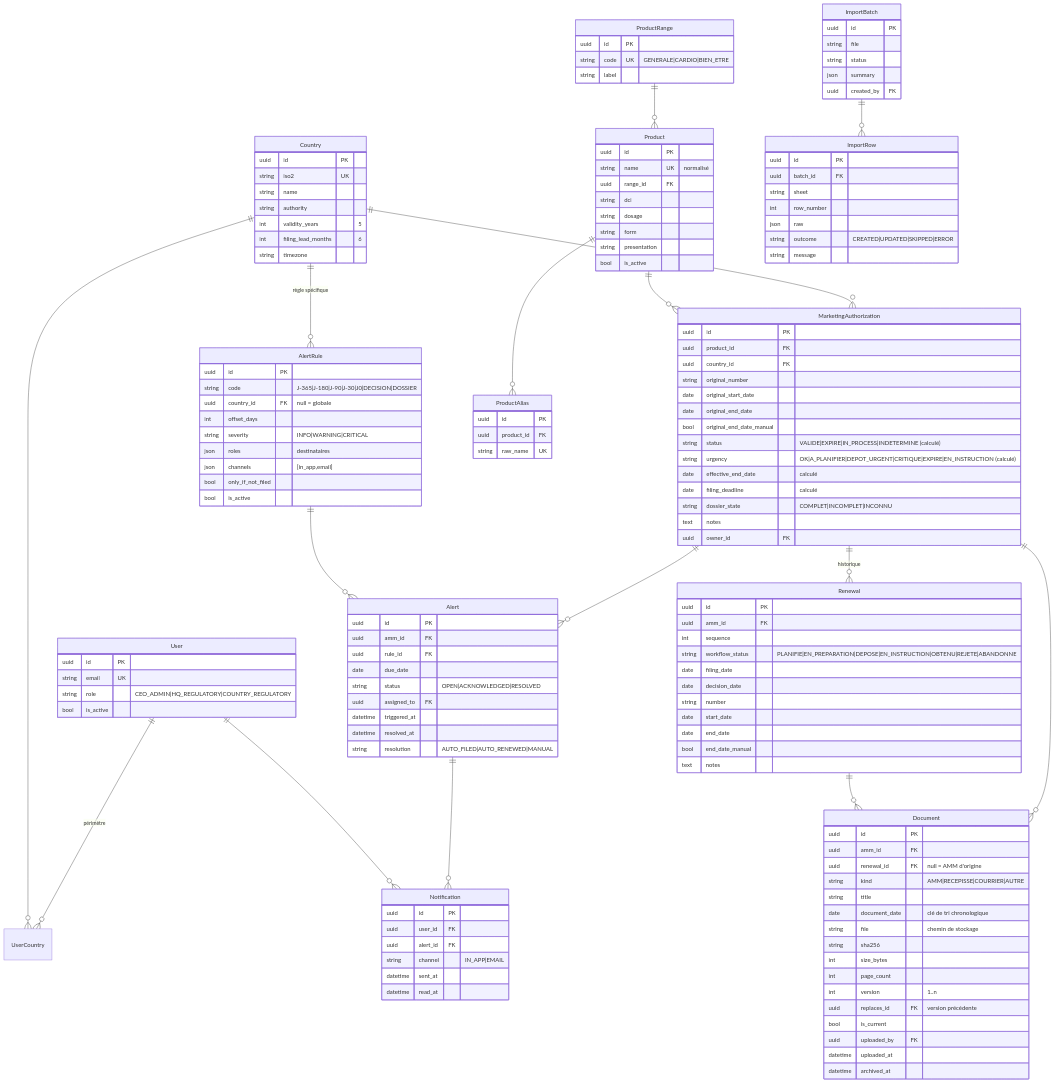
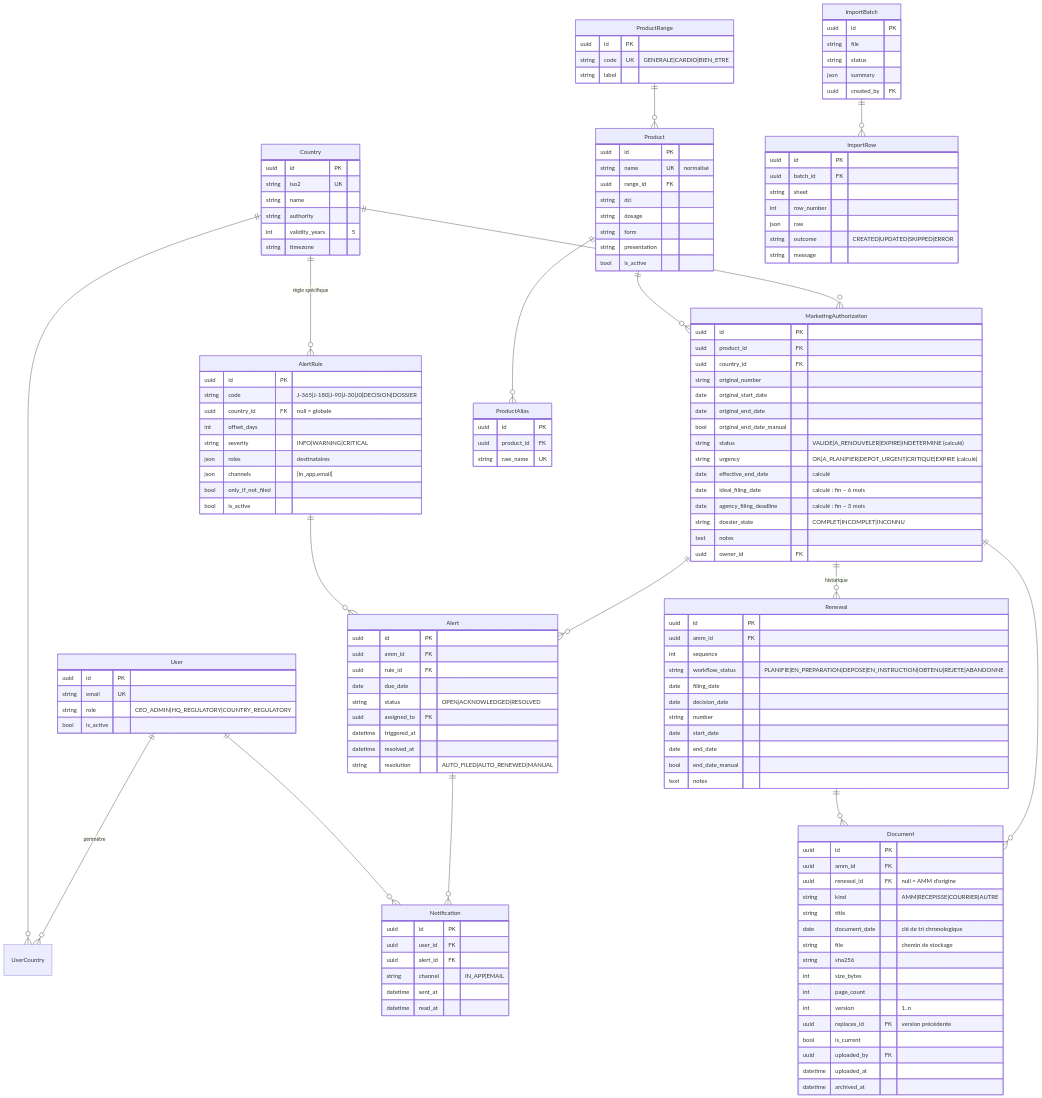
Before and after one commit to alamine2003/AMM-INNOV: the second of 3 diagrams in architecture.md, drawn with Mermaid. The commit also changed other lines of this file and 67 other files, not shown here.

First line of the commit message:
Workflow AMM : statuts Valide / À renouveler / Expirée et rappel quotidien

```diff
--- a/architecture.md
+++ b/architecture.md
@@ -178,7 +178,6 @@
         string name
         string authority
         int validity_years "5"
-        int filing_lead_months "6"
         string timezone
     }
     ProductRange {
@@ -209,10 +208,11 @@
         date original_start_date
         date original_end_date
         bool original_end_date_manual
-        string status "VALIDE|EXPIRE|IN_PROCESS|INDETERMINE (calculé)"
-        string urgency "OK|A_PLANIFIER|DEPOT_URGENT|CRITIQUE|EXPIRE|EN_INSTRUCTION (calculé)"
+        string status "VALIDE|A_RENOUVELER|EXPIRE|INDETERMINE (calculé)"
+        string urgency "OK|A_PLANIFIER|DEPOT_URGENT|CRITIQUE|EXPIRE (calculé)"
         date effective_end_date "calculé"
-        date filing_deadline "calculé"
+        date ideal_filing_date "calculé : fin − 6 mois"
+        date agency_filing_deadline "calculé : fin − 3 mois"
         string dossier_state "COMPLET|INCOMPLET|INCONNU"
         text notes
         uuid owner_id FK
```
